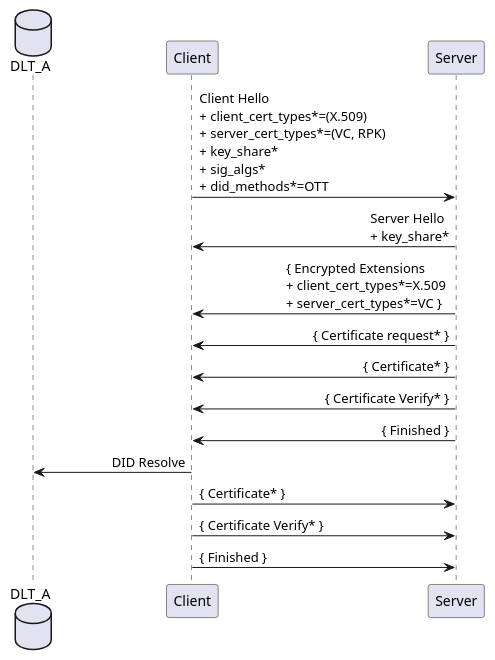
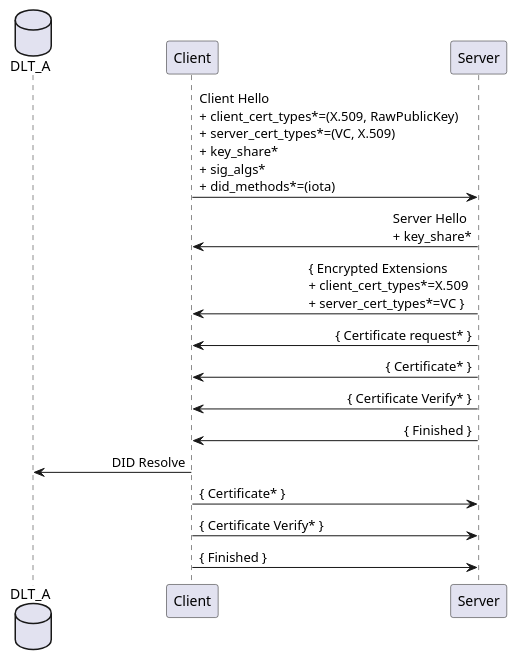
One commit to thomas-fossati/draft-vesco-vcauthtls changed the fifth of 5 diagrams in draft-vesco-vcauthtls.md. Above: the diagram before and after it, drawn with PlantUML. The commit also changed other lines of this file, not shown here.

```diff
--- a/draft-vesco-vcauthtls.md
+++ b/draft-vesco-vcauthtls.md
@@ -288,21 +286,21 @@
 ~~~plantuml
 @startuml
 participant Client order 2
 participant Server order 3
 database DLT_A order 1
 skinparam sequenceMessageAlign direction
 skinparam ParticipantPadding 100
 
-Client -> Server : Client Hello \n+ client_cert_types*=(X.509) \n+ server_cert_types*=(VC, RPK) \n+ key_share* \n+ sig_algs* \n+ did_methods*=OTT
+Client -> Server : Client Hello \n+ client_cert_types*=(X.509, RawPublicKey) \n+ server_cert_types*=(VC, X.509) \n+ key_share* \n+ sig_algs* \n+ did_methods*=(iota)
 Server -> Client : Server Hello \n+ key_share*
 Server -> Client : { Encrypted Extensions \n+ client_cert_types*=X.509 \n+ server_cert_types*=VC }
 Server -> Client : { Certificate request* }
 Server -> Client : { Certificate* }
 Server -> Client : { Certificate Verify* }
 Server -> Client : { Finished }
 Client -> DLT_A : DID Resolve
 Client -> Server : { Certificate* }
 Client -> Server : { Certificate Verify* }
 Client -> Server : { Finished }
 @enduml
 ~~~
```
